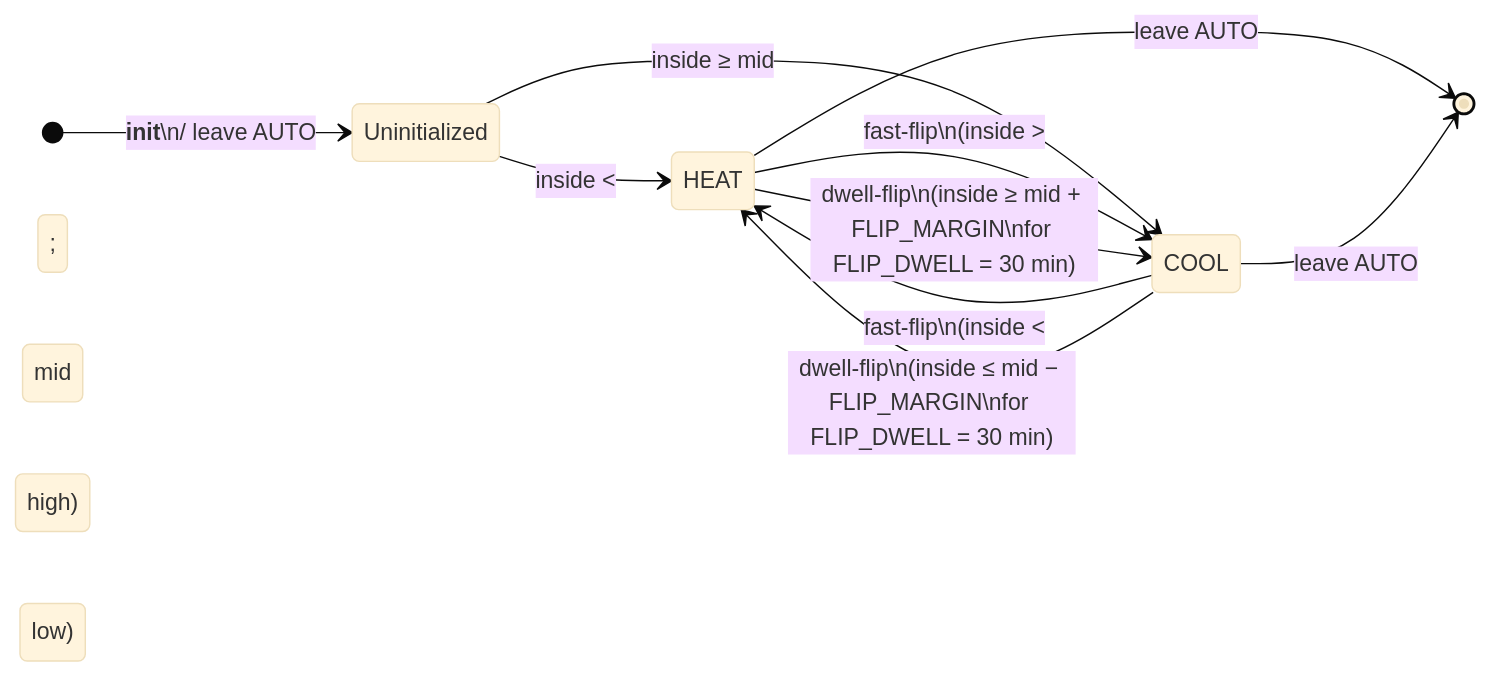
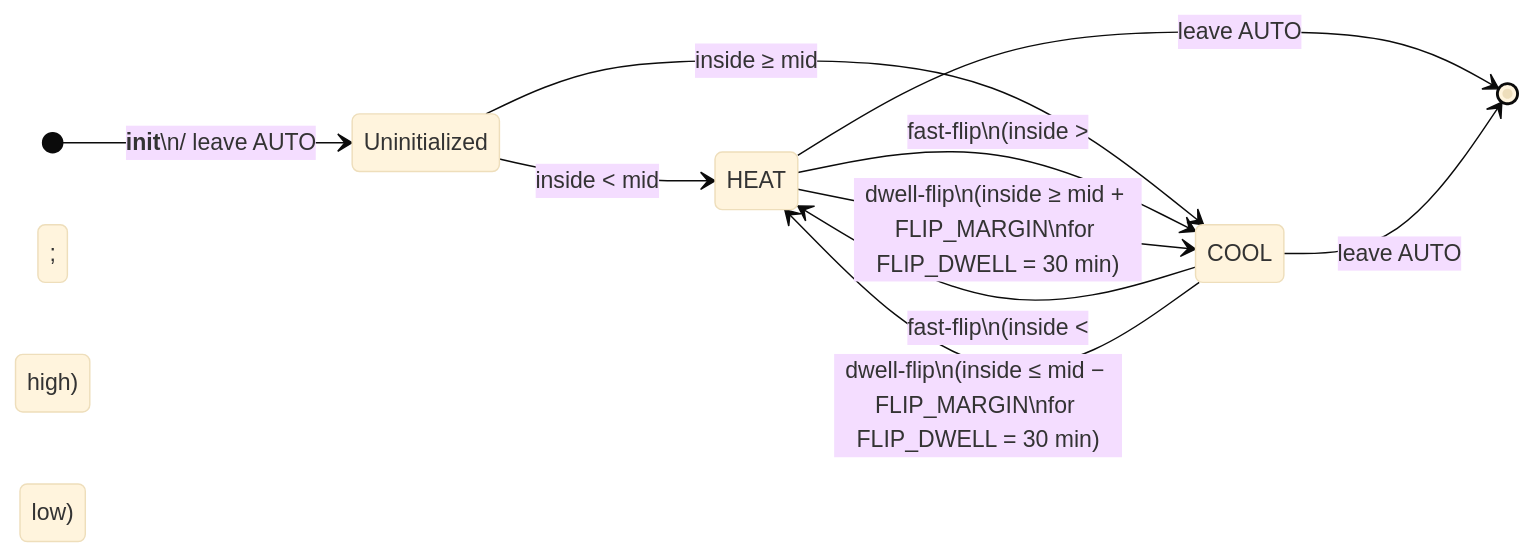
The first of 2 diagrams in docs/state-machine.md (HomeOps/HASS-Smart-Climate), drawn with Mermaid (base theme) before and after one commit.

Commit message:
Fix HTML entities in state machine diagram

````diff
--- a/docs/state-machine.md
+++ b/docs/state-machine.md
@@ -25,16 +25,16 @@
 ```mermaid
 stateDiagram-v2
     direction LR
     [*] --> Uninitialized: __init__\n/ leave AUTO
-    Uninitialized --> HEAT: inside &lt; mid
+    Uninitialized --> HEAT: inside < mid
     Uninitialized --> COOL: inside ≥ mid
 
     HEAT --> COOL: fast-flip\n(inside &gt; high)
     COOL --> HEAT: fast-flip\n(inside &lt; low)
 
     HEAT --> COOL: dwell-flip\n(inside ≥ mid + FLIP_MARGIN\nfor FLIP_DWELL = 30 min)
     COOL --> HEAT: dwell-flip\n(inside ≤ mid − FLIP_MARGIN\nfor FLIP_DWELL = 30 min)
 
     HEAT --> [*]: leave AUTO
     COOL --> [*]: leave AUTO
 ```
````
